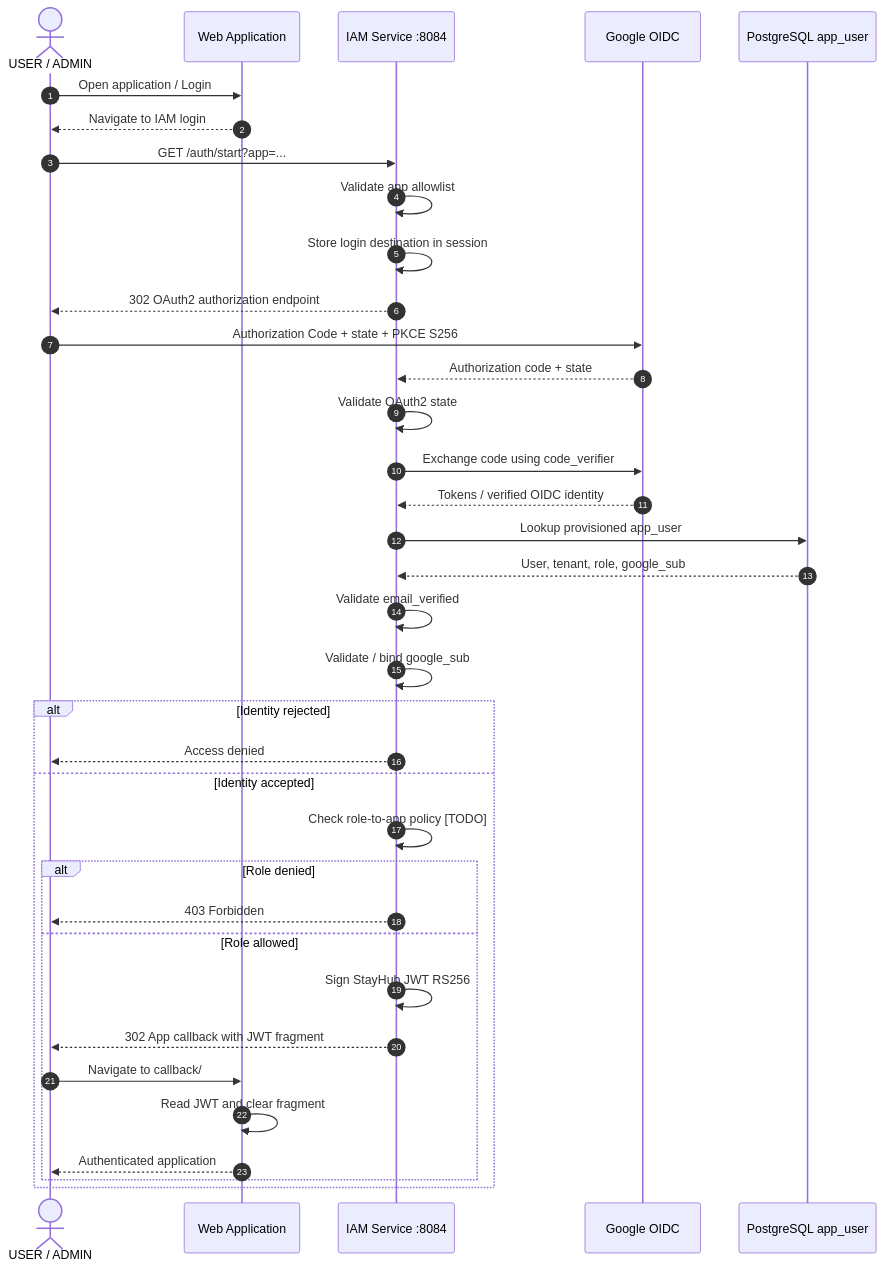
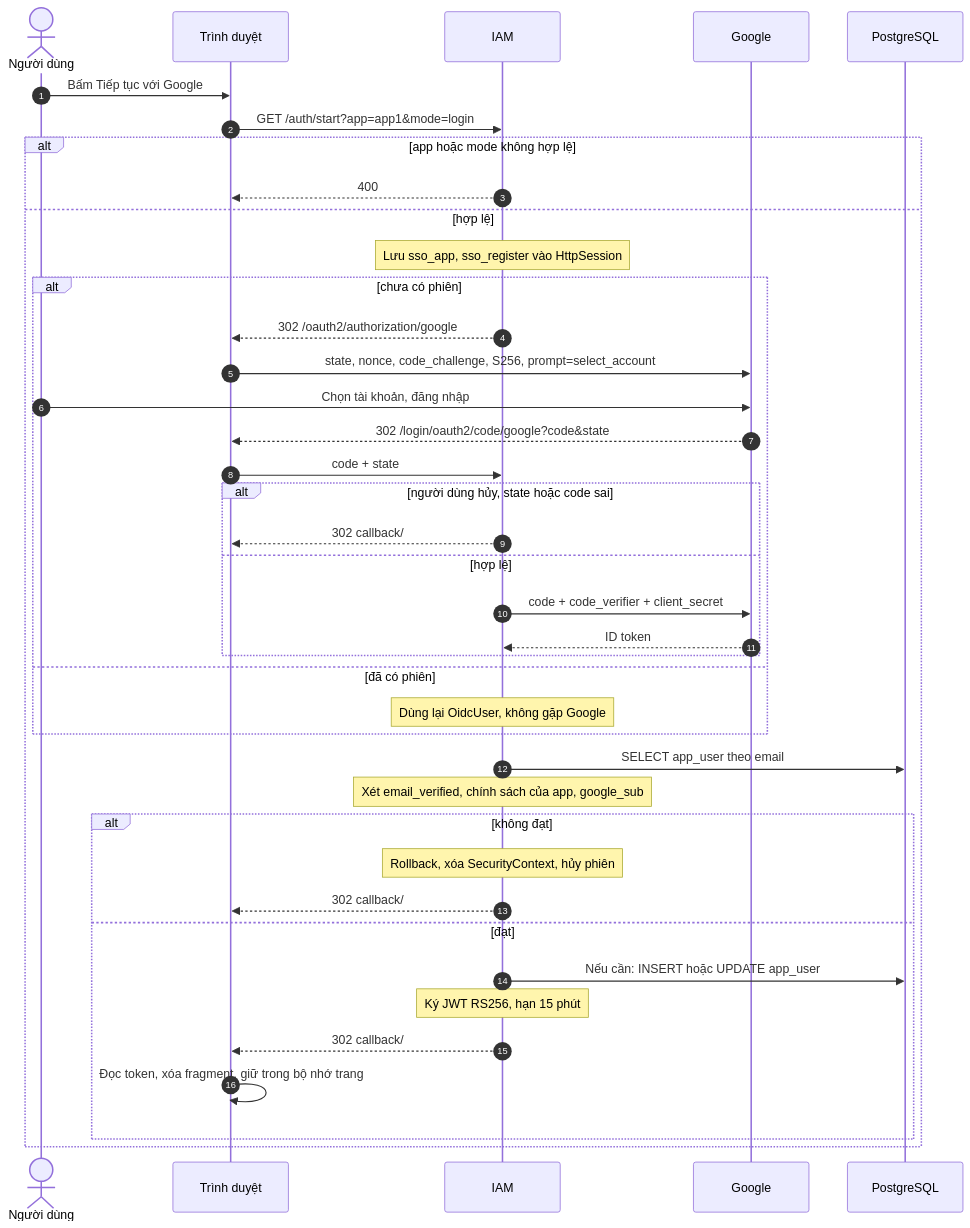
One commit to oabga/HotelBookingSystem changed the first of 3 diagrams in backend/docs/documents/iam-sso.md. Above: the diagram before and after it, drawn with Mermaid. The commit also changed other lines of this file and 21 other files, not shown here.

````diff
--- a/backend/docs/documents/iam-sso.md
+++ b/backend/docs/documents/iam-sso.md
@@ -230,47 +52,42 @@
 ```mermaid
 sequenceDiagram
     autonumber
-
-    actor U as USER / ADMIN
-    participant W as Web Application
-    participant I as IAM Service :8084
-    participant G as Google OIDC
-    participant D as PostgreSQL app_user
-
-    U->>W: Open application / Login
-    W-->>U: Navigate to IAM login
-    U->>I: GET /auth/start?app=...
-
-    I->>I: Validate app allowlist
-    I->>I: Store login destination in session
-
-    I-->>U: 302 OAuth2 authorization endpoint
-    U->>G: Authorization Code + state + PKCE S256
-
-    G-->>I: Authorization code + state
-    I->>I: Validate OAuth2 state
-    I->>G: Exchange code using code_verifier
-    G-->>I: Tokens / verified OIDC identity
-
-    I->>D: Lookup provisioned app_user
-    D-->>I: User, tenant, role, google_sub
-
-    I->>I: Validate email_verified
-    I->>I: Validate / bind google_sub
-
-    alt Identity rejected
-        I-->>U: Access denied
-    else Identity accepted
-        I->>I: Check role-to-app policy [TODO]
-
-        alt Role denied
-            I-->>U: 403 Forbidden
-        else Role allowed
-            I->>I: Sign StayHub JWT RS256
-            I-->>U: 302 App callback with JWT fragment
-            U->>W: Navigate to callback/#token=...
-            W->>W: Read JWT and clear fragment
-            W-->>U: Authenticated application
+    actor U as Người dùng
+    participant B as Trình duyệt
+    participant I as IAM
+    participant G as Google
+    participant D as PostgreSQL
+    U->>B: Bấm Tiếp tục với Google
+    B->>I: GET /auth/start?app=app1&mode=login
+    alt app hoặc mode không hợp lệ
+        I-->>B: 400
+    else hợp lệ
+        Note over I: Lưu sso_app, sso_register vào HttpSession
+        alt chưa có phiên
+            I-->>B: 302 /oauth2/authorization/google
+            B->>G: state, nonce, code_challenge, S256, prompt=select_account
+            U->>G: Chọn tài khoản, đăng nhập
+            G-->>B: 302 /login/oauth2/code/google?code&state
+            B->>I: code + state
+            alt người dùng hủy, state hoặc code sai
+                I-->>B: 302 callback/#error=login_failed
+            else hợp lệ
+                I->>G: code + code_verifier + client_secret
+                G-->>I: ID token
+            end
+        else đã có phiên
+            Note over I: Dùng lại OidcUser, không gặp Google
+        end
+        I->>D: SELECT app_user theo email
+        Note over I: Xét email_verified, chính sách của app, google_sub
+        alt không đạt
+            Note over I: Rollback, xóa SecurityContext, hủy phiên
+            I-->>B: 302 callback/#error=not_provisioned
+        else đạt
+            I->>D: Nếu cần: INSERT hoặc UPDATE app_user
+            Note over I: Ký JWT RS256, hạn 15 phút
+            I-->>B: 302 callback/#token=JWT
+            B->>B: Đọc token, xóa fragment, giữ trong bộ nhớ trang
         end
     end
 ```
````
